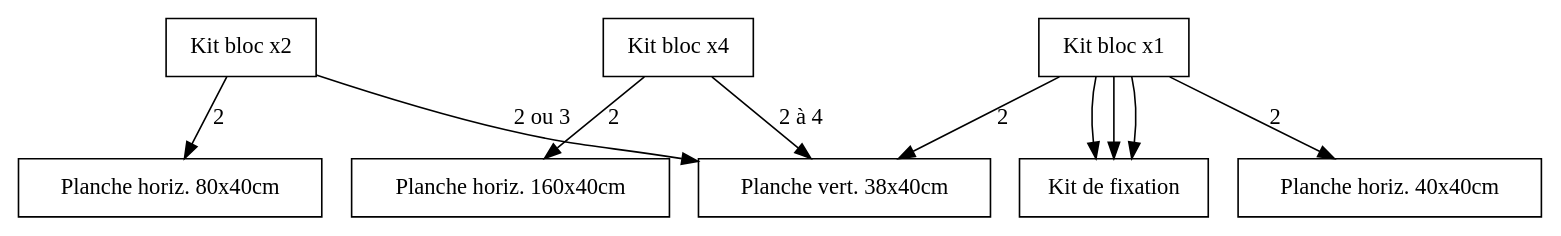
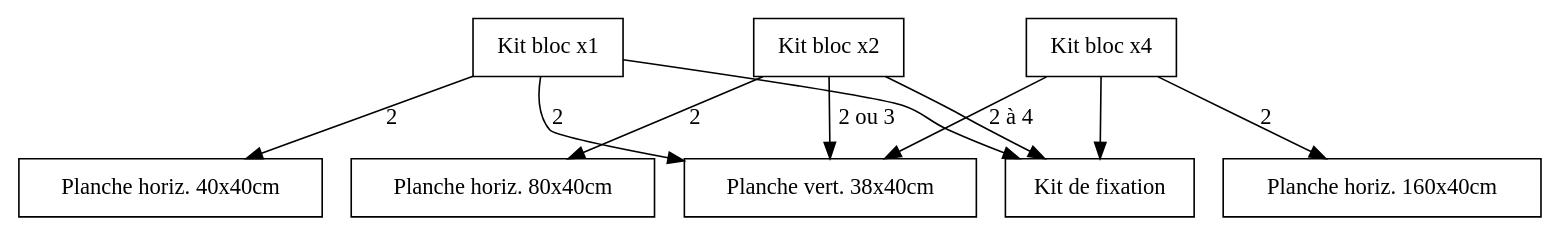
One commit to padenot/OGP changed the diagram in nomenclature/src/bloc.dot. Above: the diagram before and after it, drawn with Graphviz. The commit also changed 2 other files, not shown here.

```diff
--- a/nomenclature/src/bloc.dot
+++ b/nomenclature/src/bloc.dot
@@ -1,32 +1,32 @@
 digraph
 {
 // Noeuds --------------------------------------------------
 	node[shape=box]
 
 	// Produits finis
 	blocX1 [label="Kit bloc x1"]
 	blocX2 [label="Kit bloc x2"]
 	blocX4 [label="Kit bloc x4"]
 
 	// Planches
 	plancheT3 [label="Planche horiz. 160x40cm"]
 	plancheT2 [label="Planche horiz. 80x40cm"]
 	plancheT1 [label="Planche horiz. 40x40cm"]
 	plancheT0 [label="Planche vert. 38x40cm"]
 
 	// Fixations
 	kitFixations [label="Kit de fixation"]
 
 // Arcs --------------------------------------------------
 	blocX1 -> plancheT0 [label="2"]
 	blocX1 -> plancheT1 [label="2"]
 	blocX1 -> kitFixations
 
 	blocX2 -> plancheT0 [label="2 ou 3"]
 	blocX2 -> plancheT2 [label="2"]
-	blocX1 -> kitFixations
+	blocX2 -> kitFixations
 
 	blocX4 -> plancheT0 [label="2 à 4"]
 	blocX4 -> plancheT3 [label="2"]
-	blocX1 -> kitFixations
+	blocX4 -> kitFixations
 }
```
